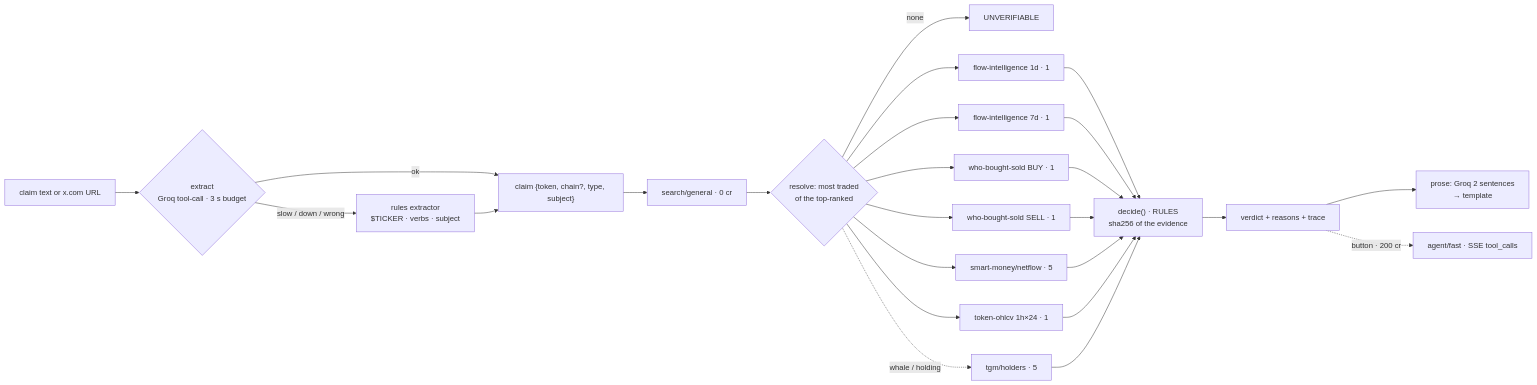
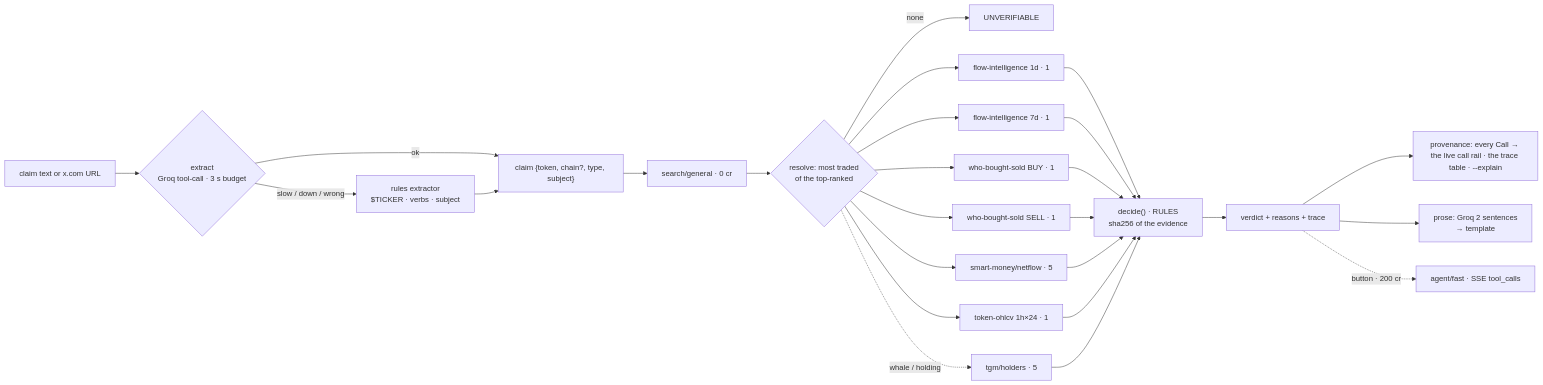
One commit to edycutjong/rebuttal changed the diagram in README.md. Above: the diagram before and after it, drawn with Mermaid. The commit also changed other lines of this file and 4 other files, not shown here.

Commit message:
docs(readme): architecture png (Mermaid folded into details), the call rail in Nansen Integration, 234 tests

````diff
--- a/README.md
+++ b/README.md
@@ -78,20 +85,21 @@
 ```mermaid
 flowchart LR
   A["claim text or x.com URL"] --> X{"extract<br/>Groq tool-call · 3 s budget"}
   X -->|ok| P
   X -->|slow / down / wrong| R["rules extractor<br/>$TICKER · verbs · subject"] --> P
   P["claim {token, chain?, type, subject}"] --> S["search/general · 0 cr"]
   S --> T{"resolve: most traded<br/>of the top-ranked"}
   T -->|none| U[UNVERIFIABLE]
   T --> C1["flow-intelligence 1d · 1"]
   T --> C2["flow-intelligence 7d · 1"]
   T --> C3["who-bought-sold BUY · 1"]
   T --> C4["who-bought-sold SELL · 1"]
   T --> C5["smart-money/netflow · 5"]
   T --> C6["token-ohlcv 1h×24 · 1"]
   T -.->|whale / holding| C7["tgm/holders · 5"]
   C1 & C2 & C3 & C4 & C5 & C6 & C7 --> D["decide() · RULES<br/>sha256 of the evidence"]
   D --> V["verdict + reasons + trace"]
+  V --> PR["provenance: every Call → the live call rail · the trace table · --explain"]
   V --> N["prose: Groq 2 sentences<br/>→ template"]
   V -.->|button · 200 cr| AG["agent/fast · SSE tool_calls"]
 ```
````
